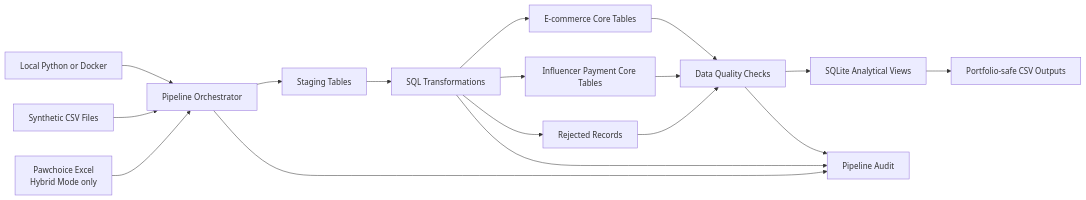
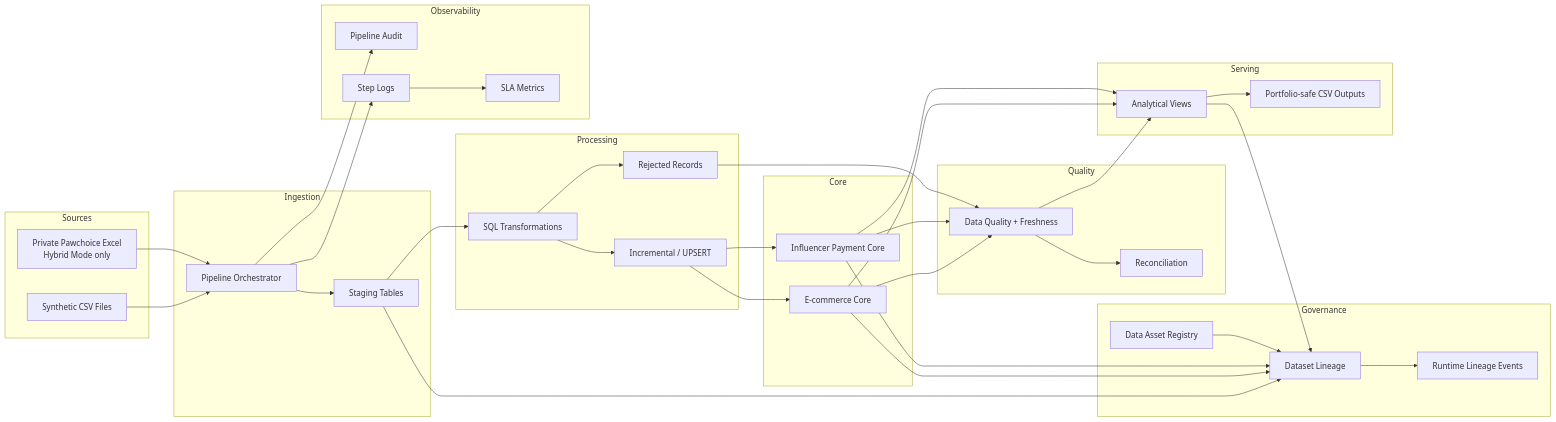
Before and after one commit to bodinkc30-Pete/sql-ecommerce-data-engineering: the diagram in README.md, drawn with Mermaid. The commit also changed other lines of this file, not shown here.

Commit message:
Update README for governance reliability and performance

````diff
--- a/README.md
+++ b/README.md
@@ -46,26 +83,76 @@
 ```mermaid
 flowchart LR
 
-    X[Local Python or Docker] --> B[Pipeline Orchestrator]
+    subgraph Sources
+        S1[Synthetic CSV Files]
+        S2[Private Pawchoice Excel<br/>Hybrid Mode only]
+    end
 
-    A1[Synthetic CSV Files] --> B
-    A2[Pawchoice Excel<br/>Hybrid Mode only] --> B
+    subgraph Ingestion
+        O[Pipeline Orchestrator]
+        STG[Staging Tables]
+    end
 
-    B --> C[Staging Tables]
-    C --> D[SQL Transformations]
+    subgraph Processing
+        T[SQL Transformations]
+        INC[Incremental / UPSERT]
+        REJ[Rejected Records]
+    end
 
-    D --> E1[E-commerce Core Tables]
-    D --> E2[Influencer Payment Core Tables]
-    D --> E3[Rejected Records]
+    subgraph Core
+        C1[E-commerce Core]
+        C2[Influencer Payment Core]
+    end
 
-    E1 --> F[Data Quality Checks]
-    E2 --> F
-    E3 --> F
+    subgraph Quality
+        DQ[Data Quality + Freshness]
+        REC[Reconciliation]
+    end
 
-    F --> G[SQLite Analytical Views]
-    G --> H[Portfolio-safe CSV Outputs]
+    subgraph Governance
+        ASSET[Data Asset Registry]
+        LINEAGE[Dataset Lineage]
+        RUNLINEAGE[Runtime Lineage Events]
+    end
 
-    B --> I[Pipeline Audit]
-    D --> I
-    F --> I
+    subgraph Observability
+        AUDIT[Pipeline Audit]
+        STEP[Step Logs]
+        SLA[SLA Metrics]
+    end
+
+    subgraph Serving
+        V[Analytical Views]
+        OUT[Portfolio-safe CSV Outputs]
+    end
+
+    S1 --> O
+    S2 --> O
+    O --> STG
+    STG --> T
+    T --> INC
+    INC --> C1
+    INC --> C2
+    T --> REJ
+
+    C1 --> DQ
+    C2 --> DQ
+    REJ --> DQ
+    DQ --> REC
+
+    STG --> LINEAGE
+    C1 --> LINEAGE
+    C2 --> LINEAGE
+    V --> LINEAGE
+    LINEAGE --> RUNLINEAGE
+    ASSET --> LINEAGE
+
+    O --> AUDIT
+    O --> STEP
+    STEP --> SLA
+
+    C1 --> V
+    C2 --> V
+    DQ --> V
+    V --> OUT
 ```
````
